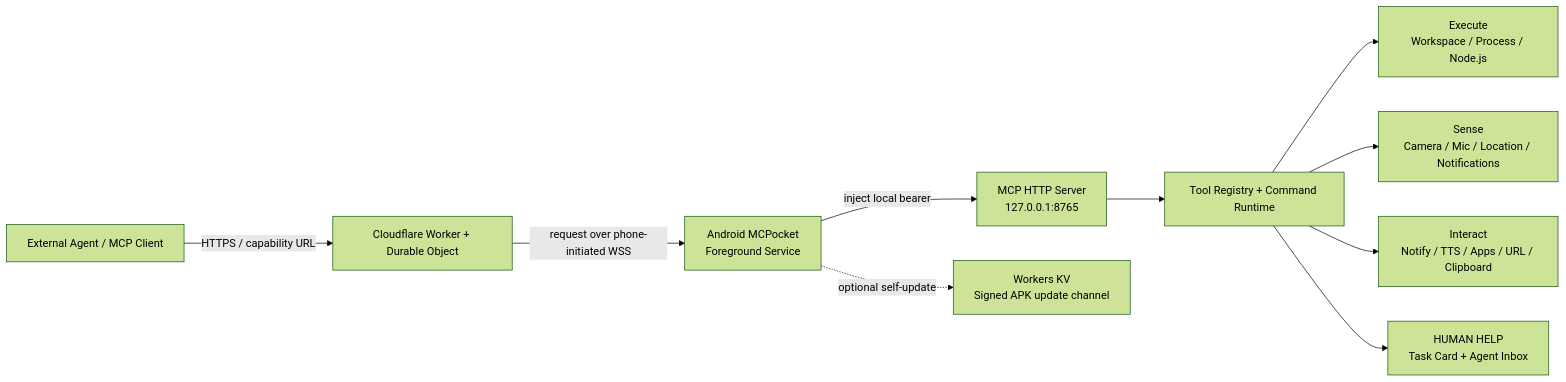
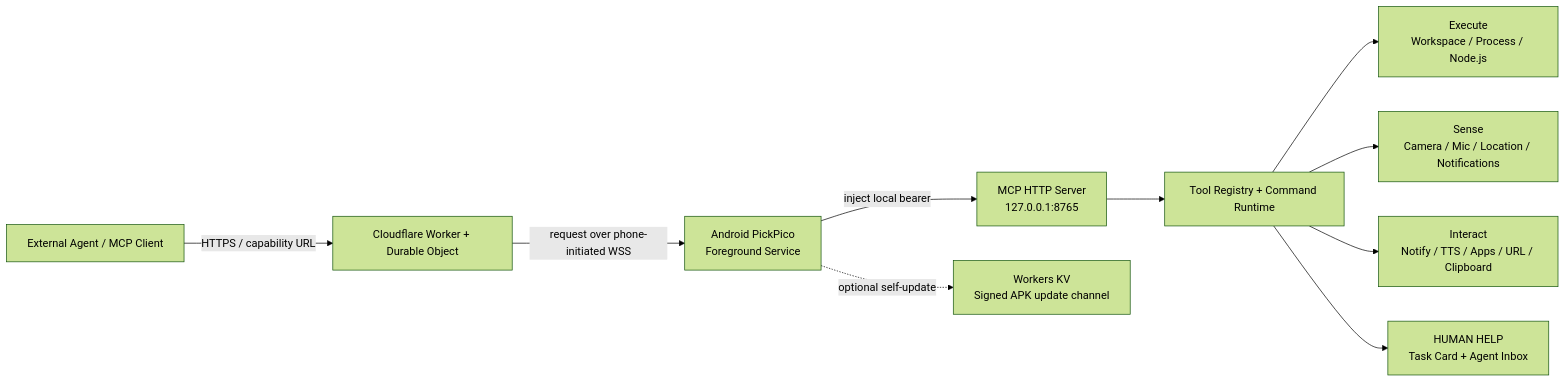
One commit to mabyes1/PickPico changed the diagram in README.md. Above: the diagram before and after it, drawn with Mermaid (forest theme). The commit also changed other lines of this file and 33 other files, not shown here.

Commit message:
Rename runtime to PickPico and clarify Hyper setup

````diff
--- a/README.md
+++ b/README.md
@@ -90,23 +94,23 @@
 ```mermaid
 flowchart LR
     A[External Agent / MCP Client]
     CF[Cloudflare Worker + Durable Object]
-    APP[Android MCPocket\nForeground Service]
+    APP[Android PickPico\nForeground Service]
     MCP[MCP HTTP Server\n127.0.0.1:8765]
     REG[Tool Registry + Command Runtime]
     EX[Execute\nWorkspace / Process / Node.js]
     SE[Sense\nCamera / Mic / Location / Notifications]
     IN[Interact\nNotify / TTS / Apps / URL / Clipboard]
     HH[HUMAN HELP\nTask Card + Agent Inbox]
     KV[Workers KV\nSigned APK update channel]
 
     A -->|HTTPS / capability URL| CF
     CF -->|request over phone-initiated WSS| APP
     APP -->|inject local bearer| MCP
     MCP --> REG
     REG --> EX
     REG --> SE
     REG --> IN
     REG --> HH
     APP -. optional self-update .-> KV
 ```
````
